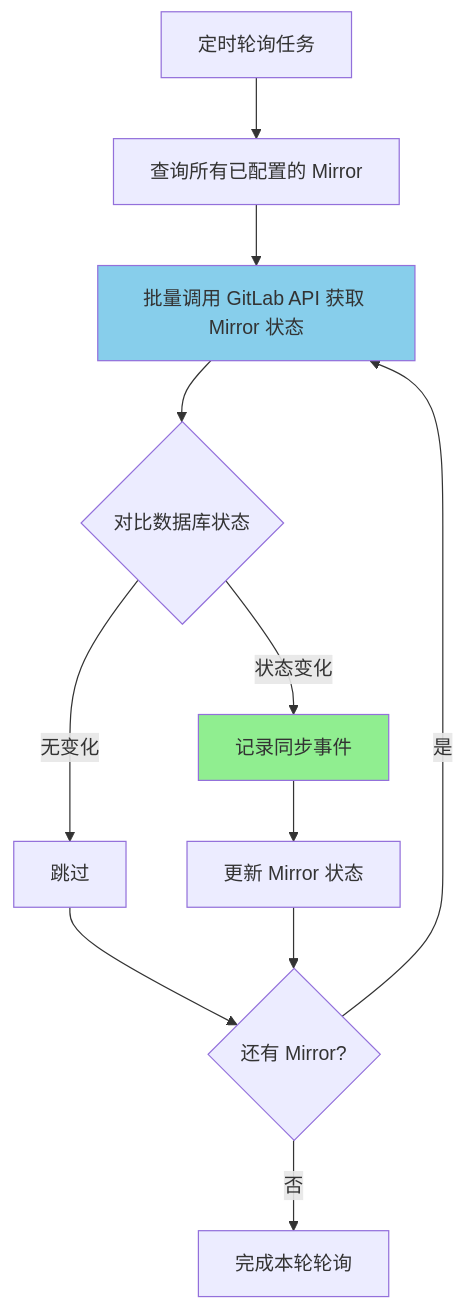
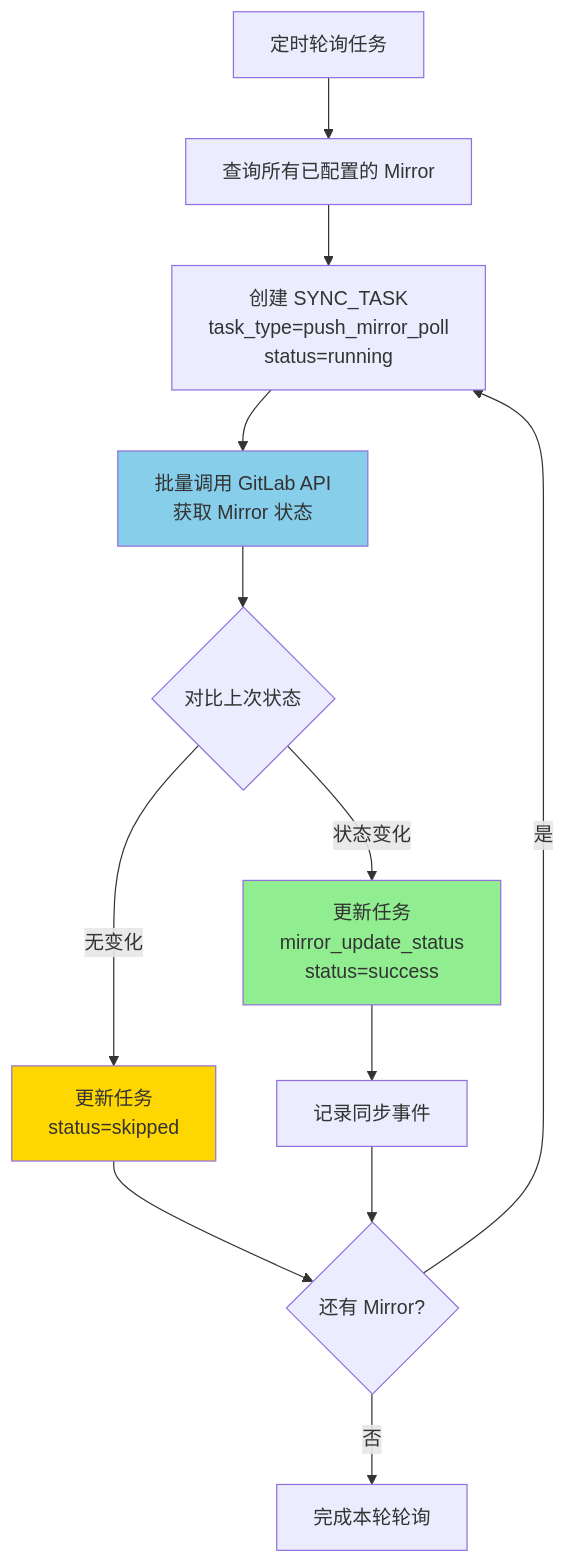
One commit to kylixs/gitlab-replicator changed the third of 5 diagrams in docs/PUSH_MIRROR_MVP_DESIGN.md. Above: the diagram before and after it, drawn with Mermaid. The commit also changed other lines of this file and 8 other files, not shown here.

````diff
--- a/docs/PUSH_MIRROR_MVP_DESIGN.md
+++ b/docs/PUSH_MIRROR_MVP_DESIGN.md
@@ -337,16 +373,18 @@
 ```mermaid
 graph TD
     A[定时轮询任务] --> B[查询所有已配置的 Mirror]
-    B --> C[批量调用 GitLab API 获取 Mirror 状态]
-    C --> D{对比数据库状态}
-    D -->|状态变化| E[记录同步事件]
-    D -->|无变化| F[跳过]
-    E --> G[更新 Mirror 状态]
-    F --> H{还有 Mirror?}
-    G --> H
-    H -->|是| C
-    H -->|否| I[完成本轮轮询]
+    B --> C[创建 SYNC_TASK<br/>task_type=push_mirror_poll<br/>status=running]
+    C --> D[批量调用 GitLab API<br/>获取 Mirror 状态]
+    D --> E{对比上次状态}
+    E -->|状态变化| F[更新任务<br/>mirror_update_status<br/>status=success]
+    E -->|无变化| G[更新任务<br/>status=skipped]
+    F --> H[记录同步事件]
+    G --> I{还有 Mirror?}
+    H --> I
+    I -->|是| C
+    I -->|否| J[完成本轮轮询]
 
-    style C fill:#87CEEB
-    style E fill:#90EE90
+    style D fill:#87CEEB
+    style F fill:#90EE90
+    style G fill:#FFD700
 ```
````
